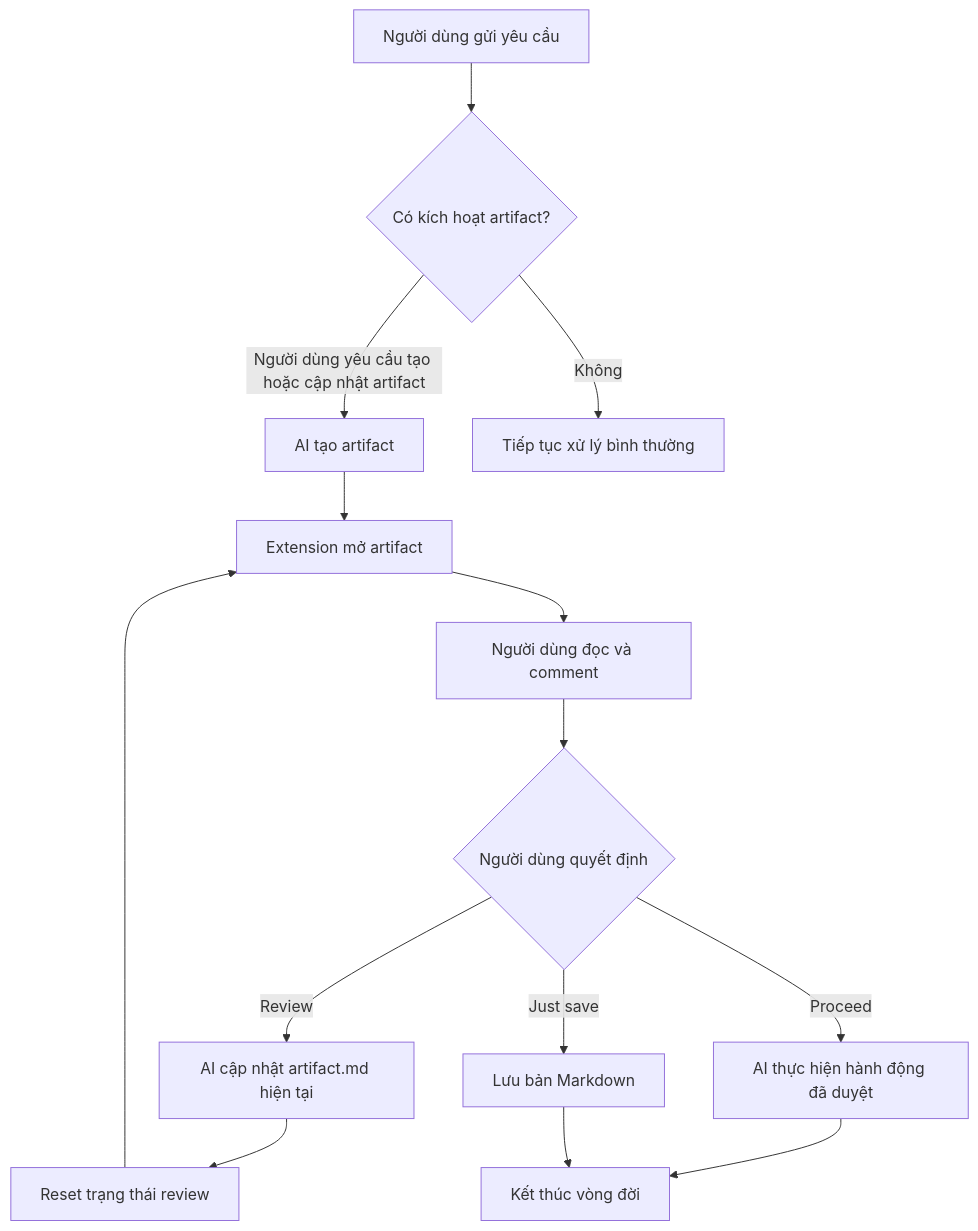
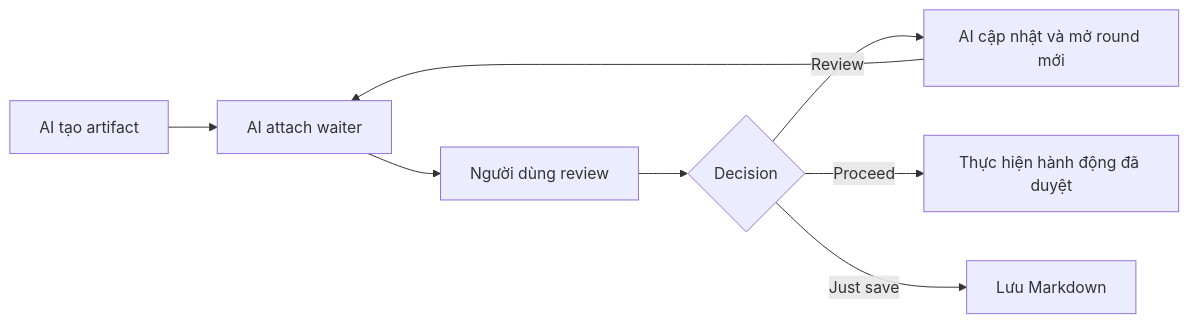
One commit to huynguyen294/vscode-codex-artifacts changed the diagram in docs/PHILOSOPHY.md. Above: the diagram before and after it, drawn with Mermaid. The commit also changed other lines of this file and 64 other files, not shown here.

````diff
--- a/docs/PHILOSOPHY.md
+++ b/docs/PHILOSOPHY.md
@@ -5,16 +19,10 @@
 ```mermaid
-flowchart TD
-    A[Người dùng gửi yêu cầu] --> B{Có kích hoạt artifact?}
-    B -->|Người dùng yêu cầu tạo hoặc cập nhật artifact| C[AI tạo artifact]
-    B -->|Không| Z[Tiếp tục xử lý bình thường]
-    C --> D[Extension mở artifact]
-    D --> E[Người dùng đọc và comment]
-    E --> F{Người dùng quyết định}
-    F -->|Review| G[AI cập nhật artifact.md hiện tại]
-    G --> H[Reset trạng thái review]
-    H --> D
-    F -->|Proceed| I[AI thực hiện hành động đã duyệt]
-    F -->|Just save| J[Lưu bản Markdown]
-    I --> K[Kết thúc vòng đời]
-    J --> K
+flowchart LR
+    A[AI tạo artifact] --> B[AI attach waiter]
+    B --> C[Người dùng review]
+    C --> D{Decision}
+    D -->|Review| E[AI cập nhật và mở round mới]
+    E --> B
+    D -->|Proceed| F[Thực hiện hành động đã duyệt]
+    D -->|Just save| G[Lưu Markdown]
 ```
````
